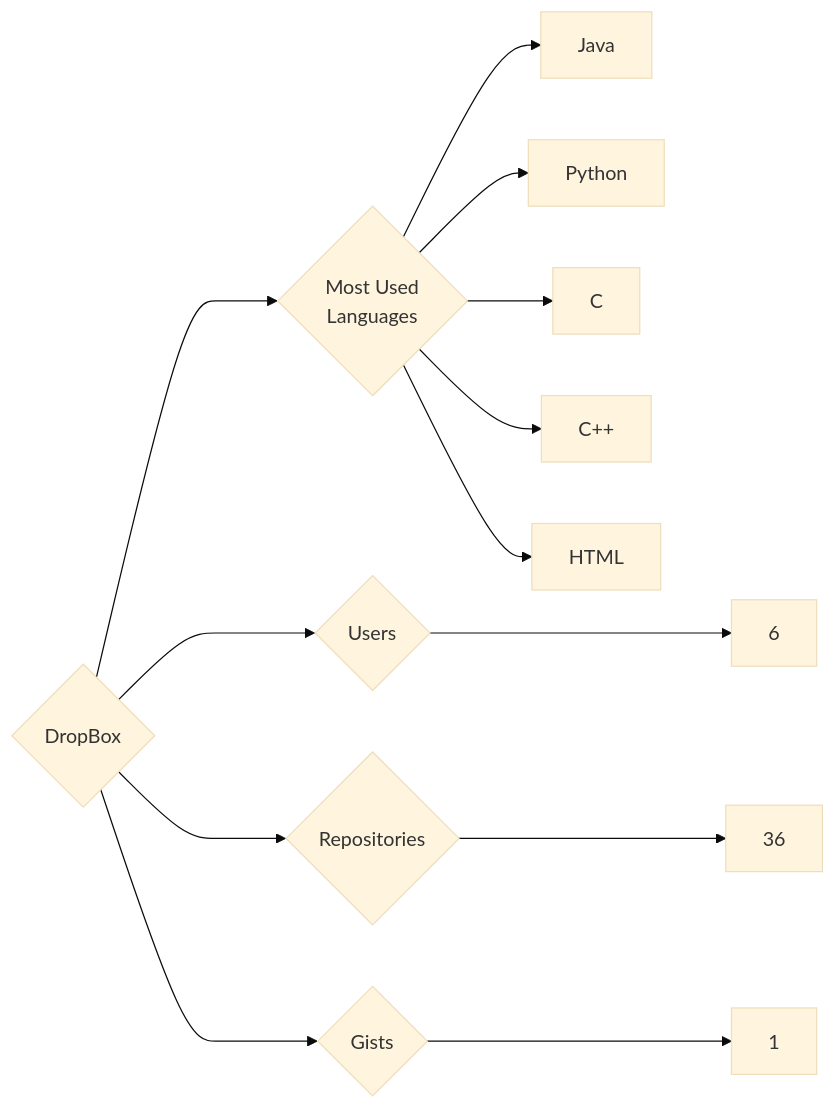
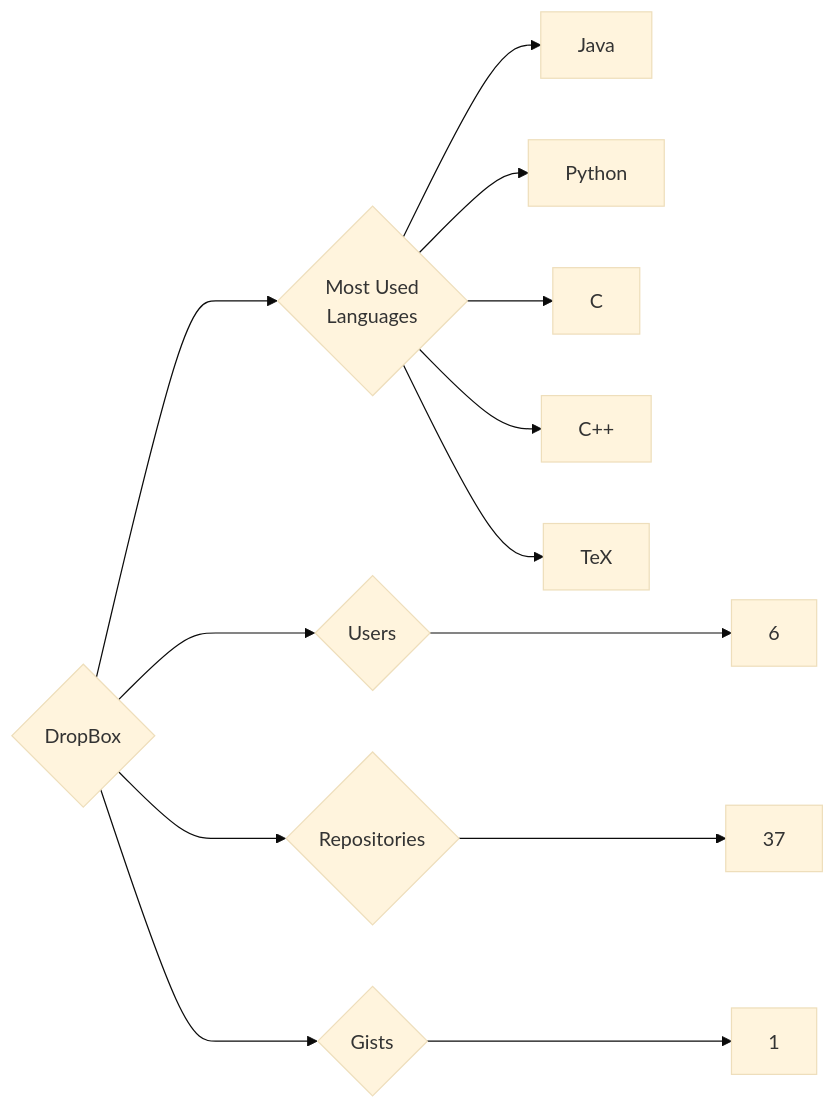
Before and after one commit to trickest/insiders: the diagram in targets/DropBox/README.md, drawn with Mermaid (base theme). The commit also changed 873 other files, not shown here.

````diff
--- a/targets/DropBox/README.md
+++ b/targets/DropBox/README.md
@@ -3,13 +3,13 @@
 ```mermaid
 graph LR
 COMPANY_NAME{DropBox}
 COMPANY_NAME ---> U{Users} ---> UN[6]
-COMPANY_NAME ---> R{Repositories} ---> RN[36]
+COMPANY_NAME ---> R{Repositories} ---> RN[37]
 COMPANY_NAME ---> G{Gists} ---> GN[1]
 COMPANY_NAME ---> ML{Most Used<br>Languages}
 ML --> Java[Java]
 ML --> Python[Python]
 ML --> C[C]
 ML --> C++[C++]
-ML --> HTML[HTML]
+ML --> TeX[TeX]
 ```
````
